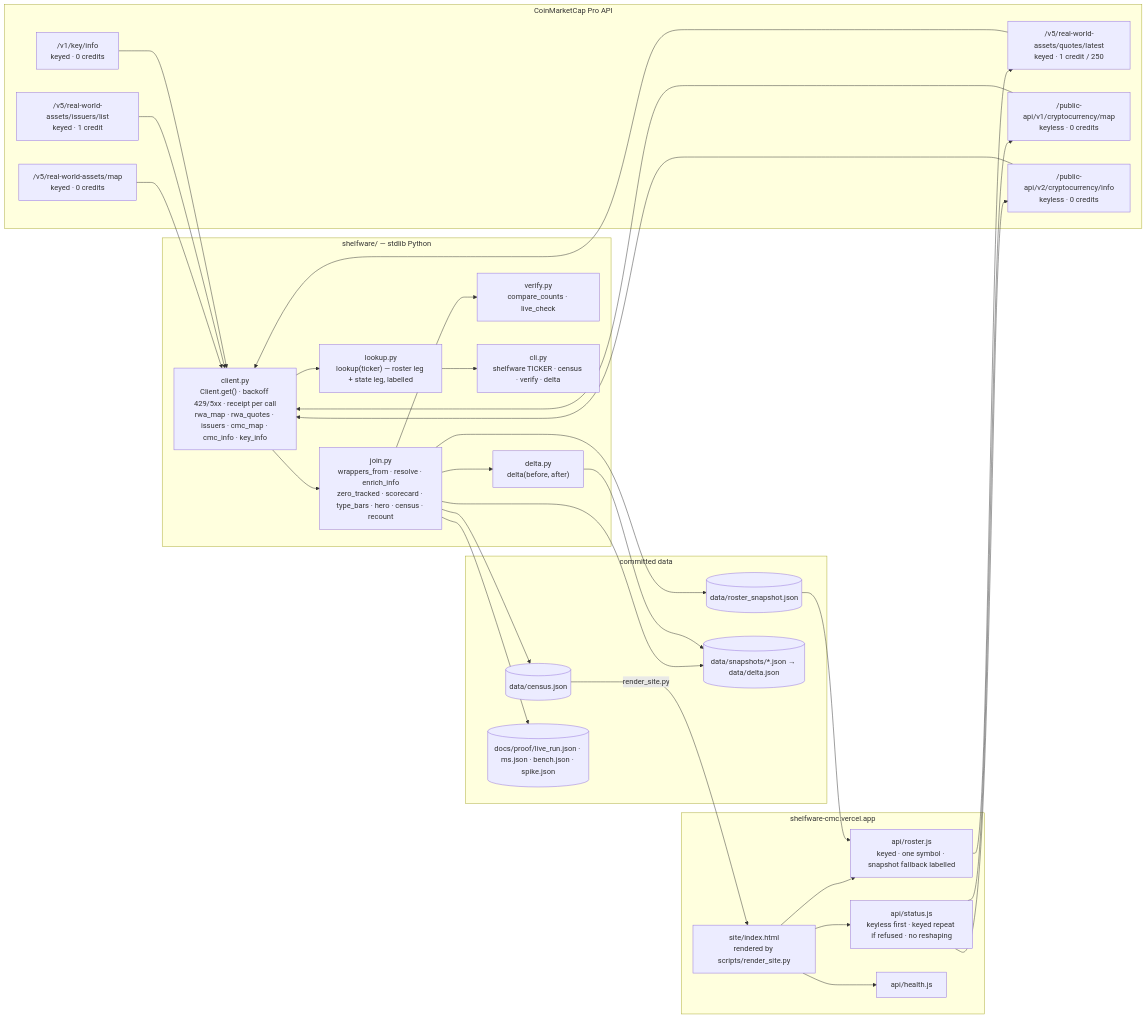
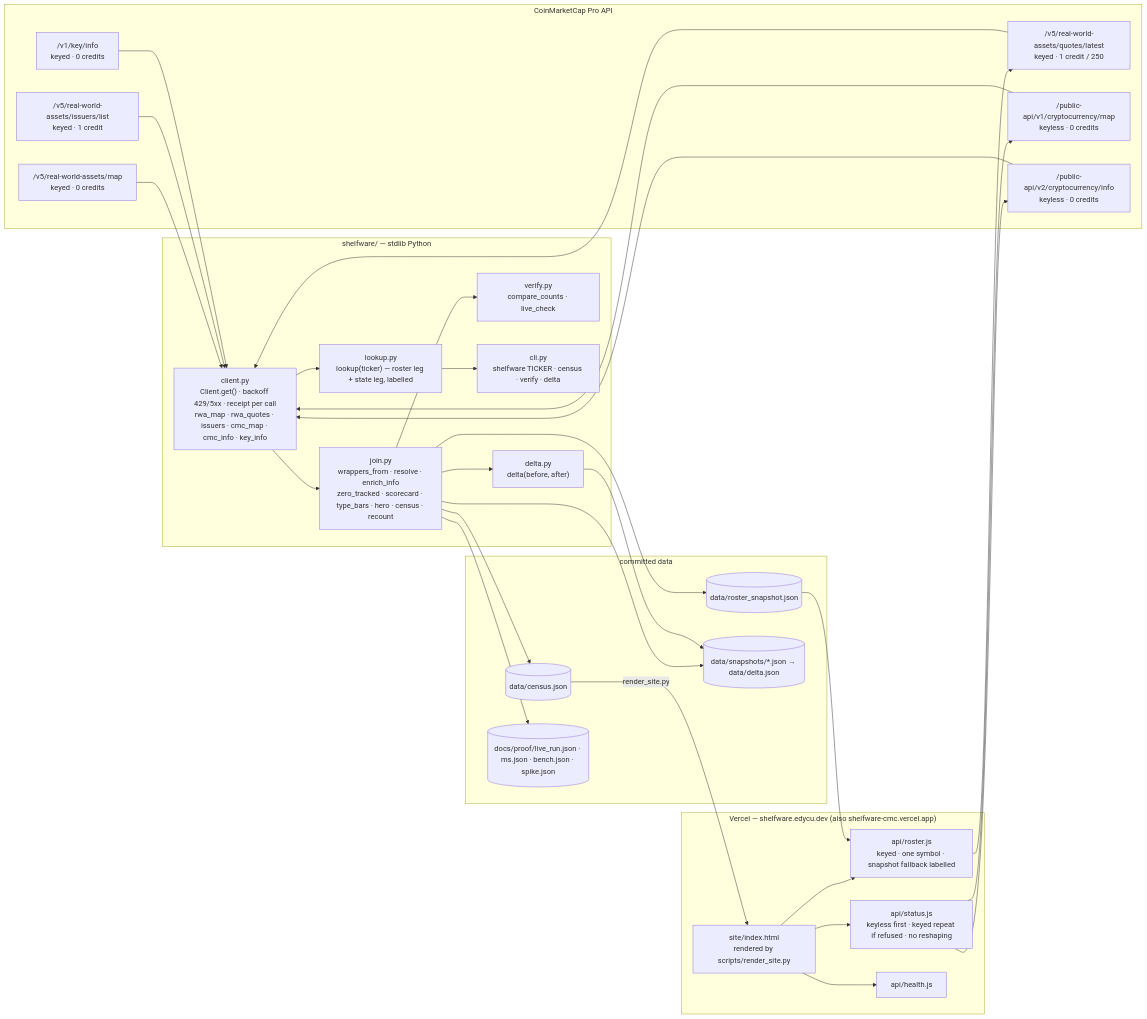
One commit to edycutjong/shelfware changed the diagram in ARCHITECTURE.md. Above: the diagram before and after it, drawn with Mermaid. The commit also changed 12 other files, not shown here.

````diff
--- a/ARCHITECTURE.md
+++ b/ARCHITECTURE.md
@@ -14,42 +14,42 @@
 ```mermaid
 flowchart LR
   subgraph cmc["CoinMarketCap Pro API"]
     A["/v5/real-world-assets/map<br/>keyed · 0 credits"]
     B["/v5/real-world-assets/quotes/latest<br/>keyed · 1 credit / 250"]
     C["/v5/real-world-assets/issuers/list<br/>keyed · 1 credit"]
     D["/public-api/v1/cryptocurrency/map<br/>keyless · 0 credits"]
     E["/public-api/v2/cryptocurrency/info<br/>keyless · 0 credits"]
     K["/v1/key/info<br/>keyed · 0 credits"]
   end
   subgraph engine["shelfware/ — stdlib Python"]
     CL["client.py<br/>Client.get() · backoff 429/5xx · receipt per call<br/>rwa_map · rwa_quotes · issuers · cmc_map · cmc_info · key_info"]
     JN["join.py<br/>wrappers_from · resolve · enrich_info<br/>zero_tracked · scorecard · type_bars · hero · census · recount"]
     LK["lookup.py<br/>lookup(ticker) — roster leg + state leg, labelled"]
     DL["delta.py<br/>delta(before, after)"]
     VF["verify.py<br/>compare_counts · live_check"]
     CLI["cli.py<br/>shelfware TICKER · census · verify · delta"]
   end
   subgraph files["committed data"]
     CEN[("data/census.json")]
     ROS[("data/roster_snapshot.json")]
     SNAP[("data/snapshots/*.json → data/delta.json")]
     PRF[("docs/proof/live_run.json · ms.json · bench.json · spike.json")]
   end
-  subgraph vercel["shelfware-cmc.vercel.app"]
+  subgraph vercel["Vercel — shelfware.edycu.dev (also shelfware-cmc.vercel.app)"]
     SITE["site/index.html<br/>rendered by scripts/render_site.py"]
     RS["api/roster.js<br/>keyed · one symbol · snapshot fallback labelled"]
     ST["api/status.js<br/>keyless first · keyed repeat if refused · no reshaping"]
     HL["api/health.js"]
   end
   A & B & C & K --> CL
   D & E --> CL
   CL --> JN --> CEN & ROS & SNAP & PRF
   CL --> LK --> CLI
   JN --> DL --> SNAP
   JN --> VF
   CEN -->|render_site.py| SITE
   SITE --> RS --> B
   SITE --> ST --> D & E
   SITE --> HL
   ROS --> RS
 ```
````
